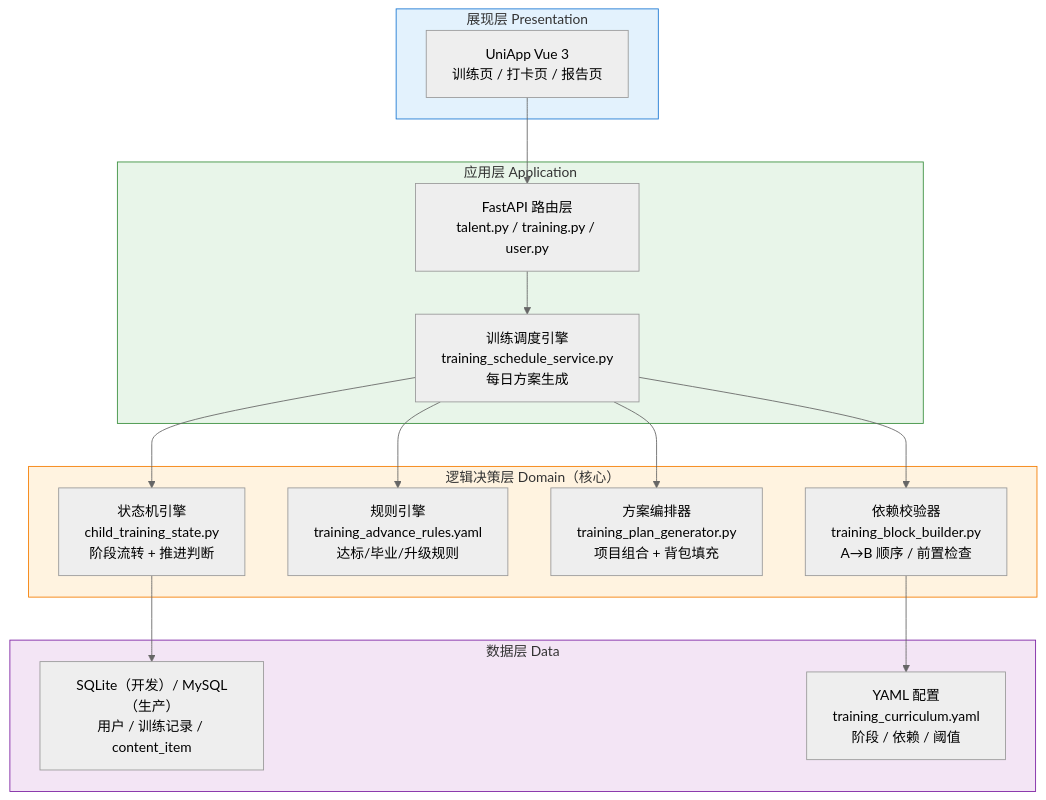
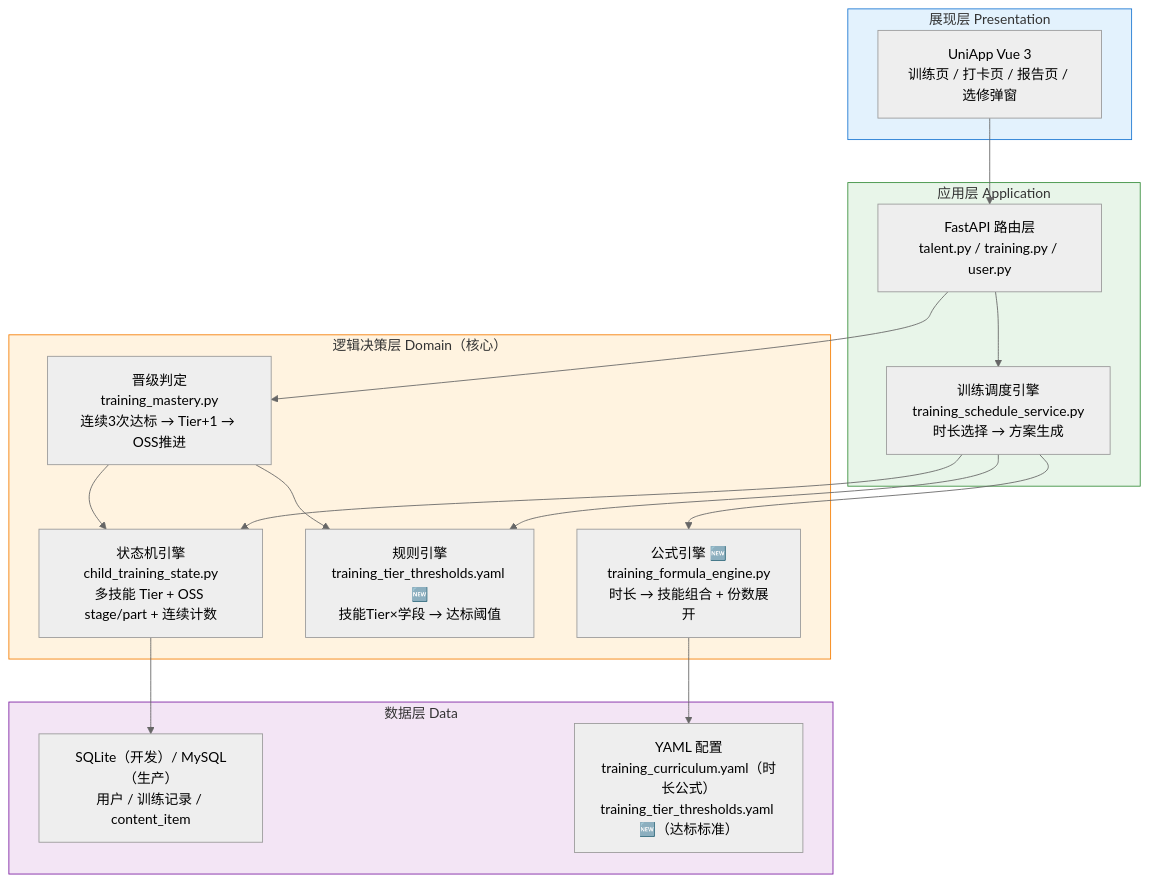
One commit to quppwork/Jnao_tianfu_daka changed the third of 8 diagrams in docs/体系架构设计.md. Above: the diagram before and after it, drawn with Mermaid (neutral theme). The commit also changed other lines of this file and 81 other files, not shown here.

````diff
--- a/docs/体系架构设计.md
+++ b/docs/体系架构设计.md
@@ -91,37 +116,39 @@
 ```mermaid
 graph TB
     subgraph L3["展现层 Presentation"]
-        VUE["UniApp Vue 3<br/>训练页 / 打卡页 / 报告页"]
+        VUE["UniApp Vue 3<br/>训练页 / 打卡页 / 报告页 / 选修弹窗"]
     end
 
     subgraph L2["应用层 Application"]
         API["FastAPI 路由层<br/>talent.py / training.py / user.py"]
-        SCHED["训练调度引擎<br/>training_schedule_service.py<br/>每日方案生成"]
+        SCHED["训练调度引擎<br/>training_schedule_service.py<br/>时长选择 → 方案生成"]
     end
 
     subgraph L1["逻辑决策层 Domain（核心）"]
-        STATE["状态机引擎<br/>child_training_state.py<br/>阶段流转 + 推进判断"]
-        RULES["规则引擎<br/>training_advance_rules.yaml<br/>达标/毕业/升级规则"]
-        PLAN["方案编排器<br/>training_plan_generator.py<br/>项目组合 + 背包填充"]
-        DEP["依赖校验器<br/>training_block_builder.py<br/>A→B 顺序 / 前置检查"]
+        STATE["状态机引擎<br/>child_training_state.py<br/>多技能 Tier + OSS stage/part + 连续计数"]
+        RULES["规则引擎<br/>training_tier_thresholds.yaml 🆕<br/>技能Tier×学段 → 达标阈值"]
+        FORMULA["公式引擎 🆕<br/>training_formula_engine.py<br/>时长 → 技能组合 + 份数展开"]
+        MASTERY["晋级判定<br/>training_mastery.py<br/>连续3次达标 → Tier+1 → OSS推进"]
     end
 
     subgraph L0["数据层 Data"]
         DB["SQLite（开发）/ MySQL（生产）<br/>用户 / 训练记录 / content_item"]
-        CONFIG["YAML 配置<br/>training_curriculum.yaml<br/>阶段 / 依赖 / 阈值"]
+        CONFIG["YAML 配置<br/>training_curriculum.yaml（时长公式）<br/>training_tier_thresholds.yaml 🆕（达标标准）"]
     end
 
     VUE --> API
     API --> SCHED
     SCHED --> STATE
+    SCHED --> FORMULA
     SCHED --> RULES
-    SCHED --> PLAN
-    SCHED --> DEP
+    API --> MASTERY
+    MASTERY --> STATE
+    MASTERY --> RULES
     STATE --> DB
-    DEP --> CONFIG
+    FORMULA --> CONFIG
 
     style L3 fill:#e3f2fd,stroke:#1976d2
     style L2 fill:#e8f5e9,stroke:#388e3c
     style L1 fill:#fff3e0,stroke:#f57c00
     style L0 fill:#f3e5f5,stroke:#7b1fa2
 ```
````
